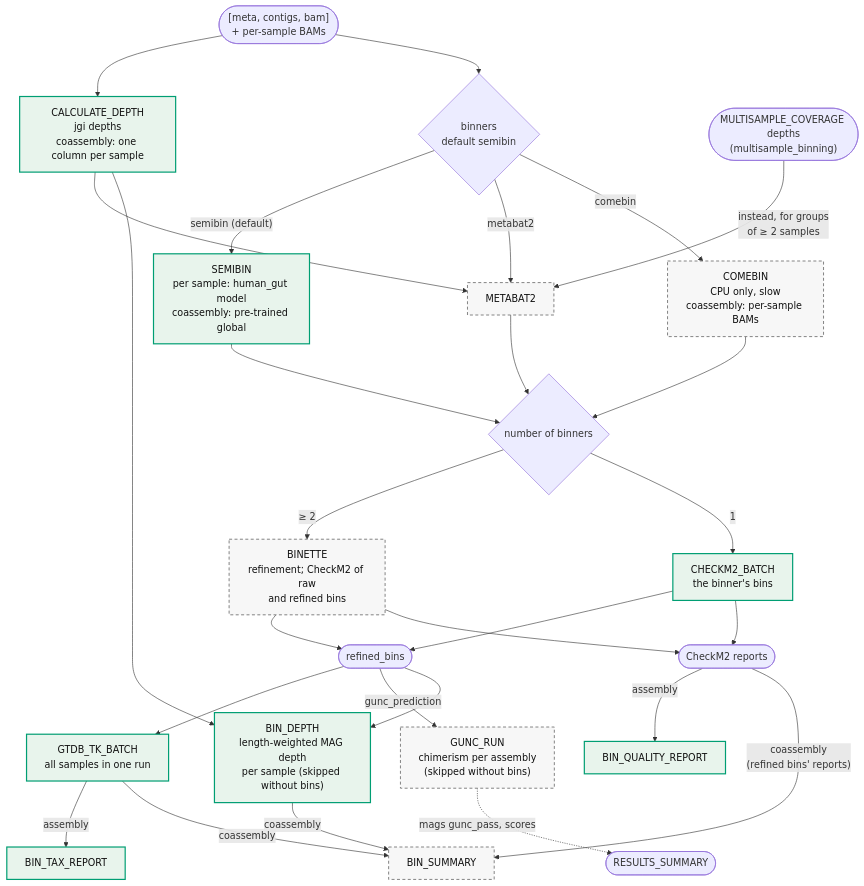
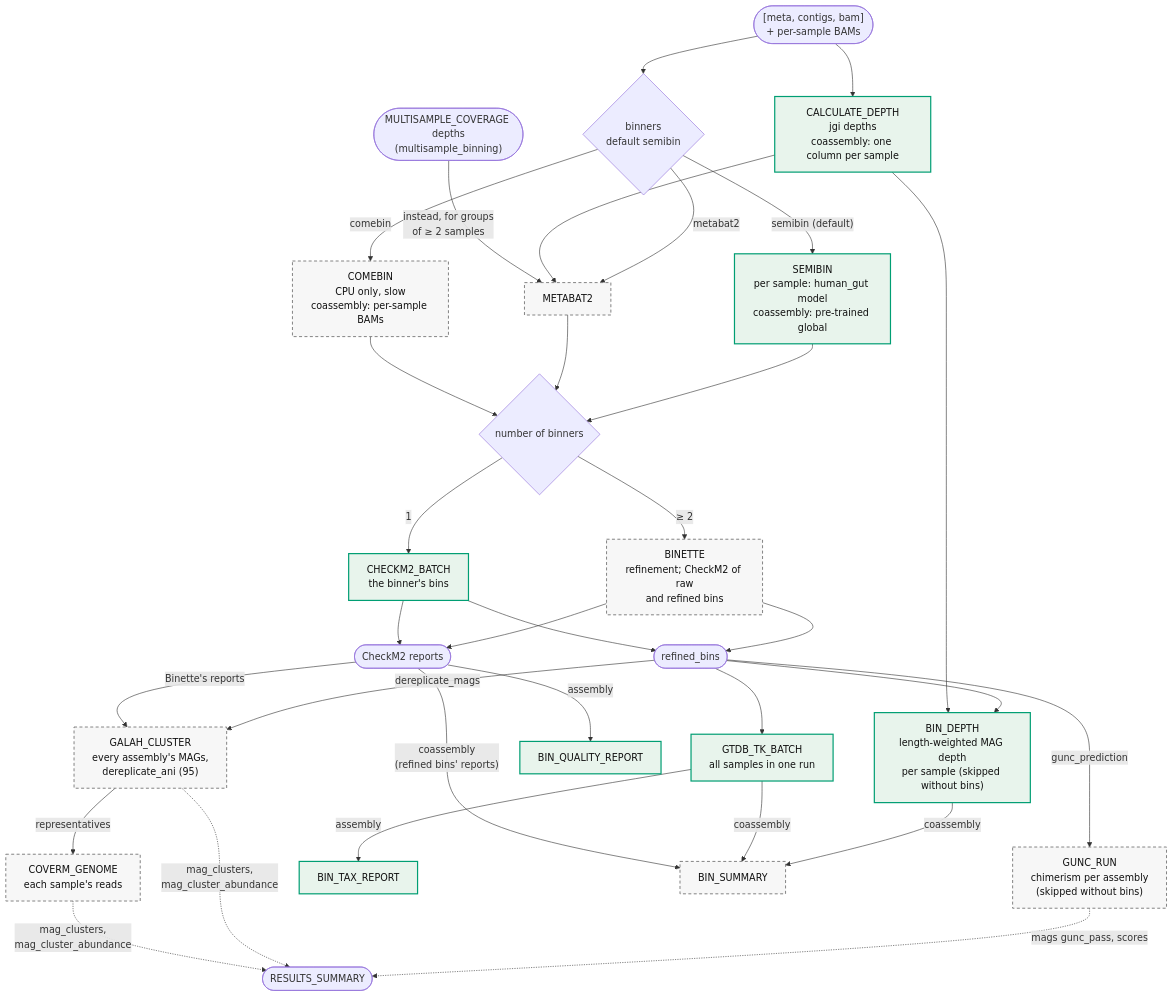
Before and after one commit to gene2dis/BugBuster: the eighth of 14 diagrams in docs/WORKFLOW_DIAGRAM.md, drawn with Mermaid. The commit also changed other lines of this file and 20 other files, not shown here.

First line of the commit message:
feat(binning): run-level MAG dereplication (--dereplicate_mags)

````diff
--- a/docs/WORKFLOW_DIAGRAM.md
+++ b/docs/WORKFLOW_DIAGRAM.md
@@ -308,33 +312,37 @@
 ```mermaid
 flowchart TD
     In(["[meta, contigs, bam]<br/>+ per-sample BAMs"]) --> CALCULATE_DEPTH["CALCULATE_DEPTH<br/>jgi depths<br/>coassembly: one column per sample"]
     In --> Sel{binners<br/>default semibin}
     Sel -->|"semibin (default)"| SEMIBIN["SEMIBIN<br/>per sample: human_gut model<br/>coassembly: pre-trained global"]
     Sel -->|metabat2| METABAT2
     CALCULATE_DEPTH --> METABAT2
     MultiDepth(["MULTISAMPLE_COVERAGE depths<br/>(multisample_binning)"]) -->|"instead, for groups<br/>of ≥ 2 samples"| METABAT2
     Sel -->|comebin| COMEBIN["COMEBIN<br/>CPU only, slow<br/>coassembly: per-sample BAMs"]
 
     SEMIBIN & METABAT2 & COMEBIN --> N{number of binners}
     N -->|"≥ 2"| BINETTE["BINETTE<br/>refinement; CheckM2 of raw<br/>and refined bins"]
     N -->|1| CHECKM2_BATCH["CHECKM2_BATCH<br/>the binner's bins"]
     BINETTE & CHECKM2_BATCH --> Bins(["refined_bins"])
     Bins --> GTDB_TK_BATCH["GTDB_TK_BATCH<br/>all samples in one run"]
     Bins -->|gunc_prediction| GUNC_RUN["GUNC_RUN<br/>chimerism per assembly<br/>(skipped without bins)"]
     GUNC_RUN -.->|"mags gunc_pass, scores"| Summary(["RESULTS_SUMMARY"])
+    Bins -->|dereplicate_mags| GALAH_CLUSTER["GALAH_CLUSTER<br/>every assembly's MAGs,<br/>dereplicate_ani (95)"]
+    Quality -->|Binette's reports| GALAH_CLUSTER
+    GALAH_CLUSTER -->|representatives| COVERM_GENOME["COVERM_GENOME<br/>each sample's reads"]
+    GALAH_CLUSTER & COVERM_GENOME -.->|"mag_clusters,<br/>mag_cluster_abundance"| Summary
 
     BINETTE & CHECKM2_BATCH --> Quality(["CheckM2 reports"])
 
     Quality -->|assembly| BIN_QUALITY_REPORT
     GTDB_TK_BATCH -->|assembly| BIN_TAX_REPORT
     Bins --> BIN_DEPTH["BIN_DEPTH<br/>length-weighted MAG depth<br/>per sample (skipped without bins)"]
     CALCULATE_DEPTH --> BIN_DEPTH
     BIN_DEPTH -->|coassembly| BIN_SUMMARY
     GTDB_TK_BATCH -->|coassembly| BIN_SUMMARY
     Quality -->|"coassembly<br/>(refined bins' reports)"| BIN_SUMMARY
 
     classDef on fill:#E8F4EC,stroke:#009E73,stroke-width:2px,color:#111
     classDef opt fill:#F7F7F7,stroke:#777,stroke-width:1.5px,stroke-dasharray:5 4,color:#111
     class SEMIBIN,CHECKM2_BATCH,GTDB_TK_BATCH,BIN_QUALITY_REPORT,BIN_TAX_REPORT,CALCULATE_DEPTH,BIN_DEPTH on
-    class METABAT2,COMEBIN,BINETTE,BIN_SUMMARY,GUNC_RUN opt
+    class METABAT2,COMEBIN,BINETTE,BIN_SUMMARY,GUNC_RUN,GALAH_CLUSTER,COVERM_GENOME opt
 ```
````
